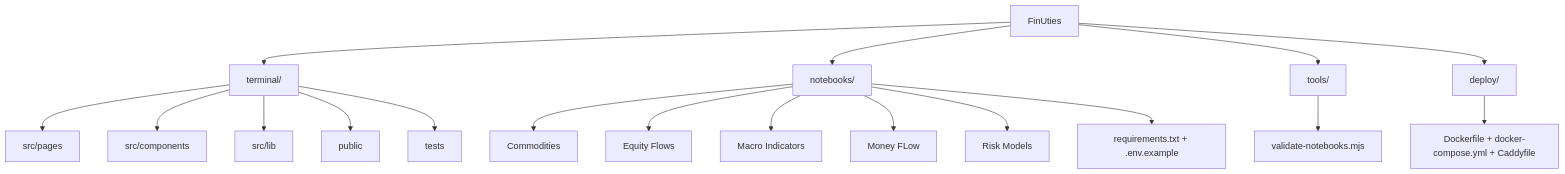
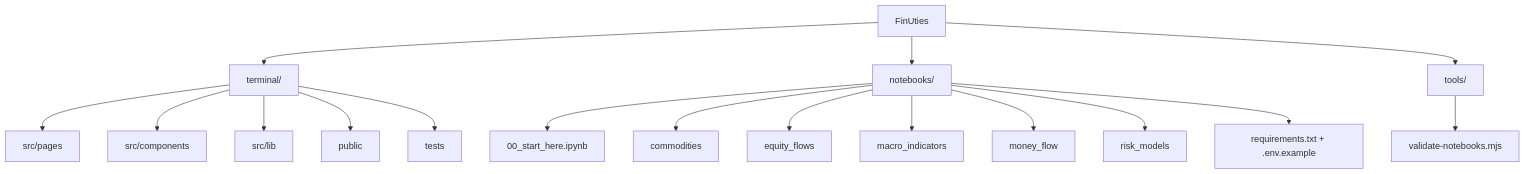
The diagram in README.md (techuties/finuties), drawn with Mermaid before and after one commit. The commit also changed other lines of this file and 24 other files, not shown here.

````diff
--- a/README.md
+++ b/README.md
@@ -11,23 +89,22 @@
 ```mermaid
 flowchart TD
     A[FinUties] --> B[terminal/]
     A --> C[notebooks/]
     A --> D[tools/]
-    A --> E[deploy/]
 
     B --> B1[src/pages]
     B --> B2[src/components]
     B --> B3[src/lib]
     B --> B4[public]
     B --> B5[tests]
 
-    C --> C1[Commodities]
-    C --> C2[Equity Flows]
-    C --> C3[Macro Indicators]
-    C --> C4[Money FLow]
-    C --> C5[Risk Models]
+    C --> C0[00_start_here.ipynb]
+    C --> C1[commodities]
+    C --> C2[equity_flows]
+    C --> C3[macro_indicators]
+    C --> C4[money_flow]
+    C --> C5[risk_models]
     C --> C6[requirements.txt + .env.example]
 
     D --> D1[validate-notebooks.mjs]
-    E --> E1[Dockerfile + docker-compose.yml + Caddyfile]
 ```
````
